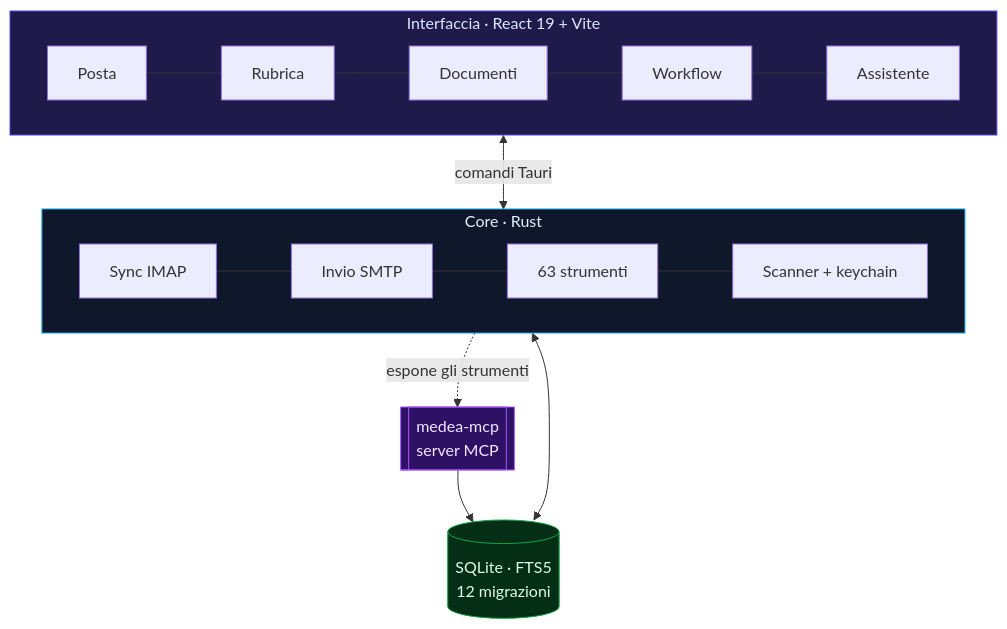
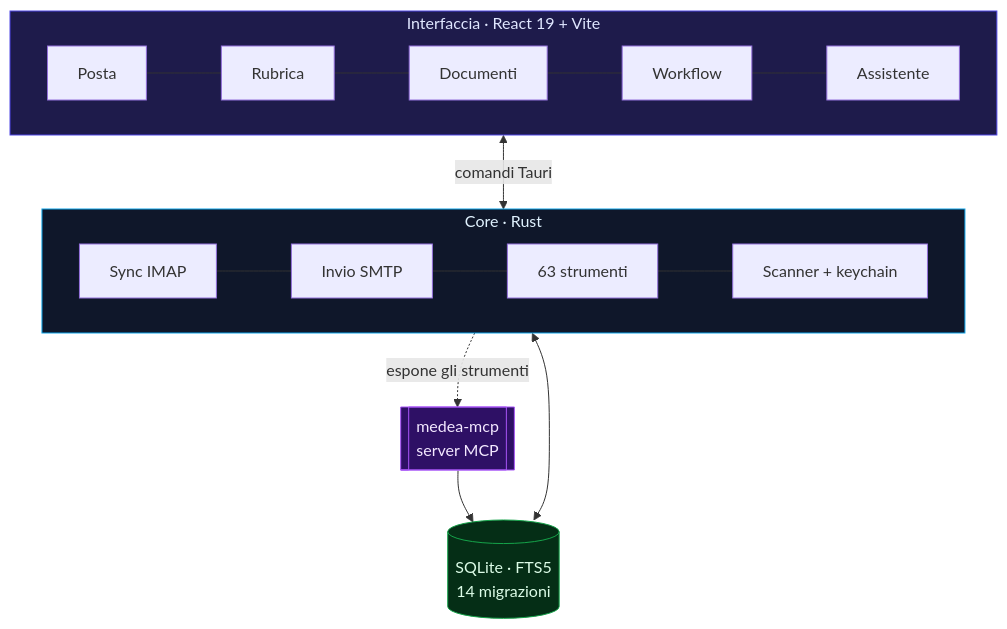
Before and after one commit to adoslabsproject-gif/medea: the second of 2 diagrams in README.md, drawn with Mermaid.

Commit message:
docs(readme): il diagramma dice 14 migrazioni, quante sono davvero
Solo README.md: altre modifiche in corso da una sessione parallela
(catalogo e script di estrazione) restano fuori da questo commit.

````diff
--- a/README.md
+++ b/README.md
@@ -248,25 +248,25 @@
 ```mermaid
 flowchart TB
     subgraph UI["Interfaccia · React 19 + Vite"]
         direction LR
         MAIL[Posta] --- RUB[Rubrica] --- DOC[Documenti] --- WF[Workflow] --- AI[Assistente]
     end
 
     subgraph CORE["Core · Rust"]
         direction LR
         SYNC[Sync IMAP] --- SMTP[Invio SMTP] --- TOOLS[63 strumenti] --- SEC[Scanner + keychain]
     end
 
-    DB[(SQLite · FTS5<br/>12 migrazioni)]
+    DB[(SQLite · FTS5<br/>14 migrazioni)]
     MCP[[medea-mcp<br/>server MCP]]
 
     UI <-->|comandi Tauri| CORE
     CORE <--> DB
     MCP --> DB
     CORE -.->|espone gli strumenti| MCP
 
     style UI fill:#1e1b4b,stroke:#4f46e5,color:#e0e7ff
     style CORE fill:#0f172a,stroke:#0ea5e9,color:#e0f2fe
     style DB fill:#052e16,stroke:#16a34a,color:#dcfce7
     style MCP fill:#2e1065,stroke:#a855f7,color:#f3e8ff
 ```
````
